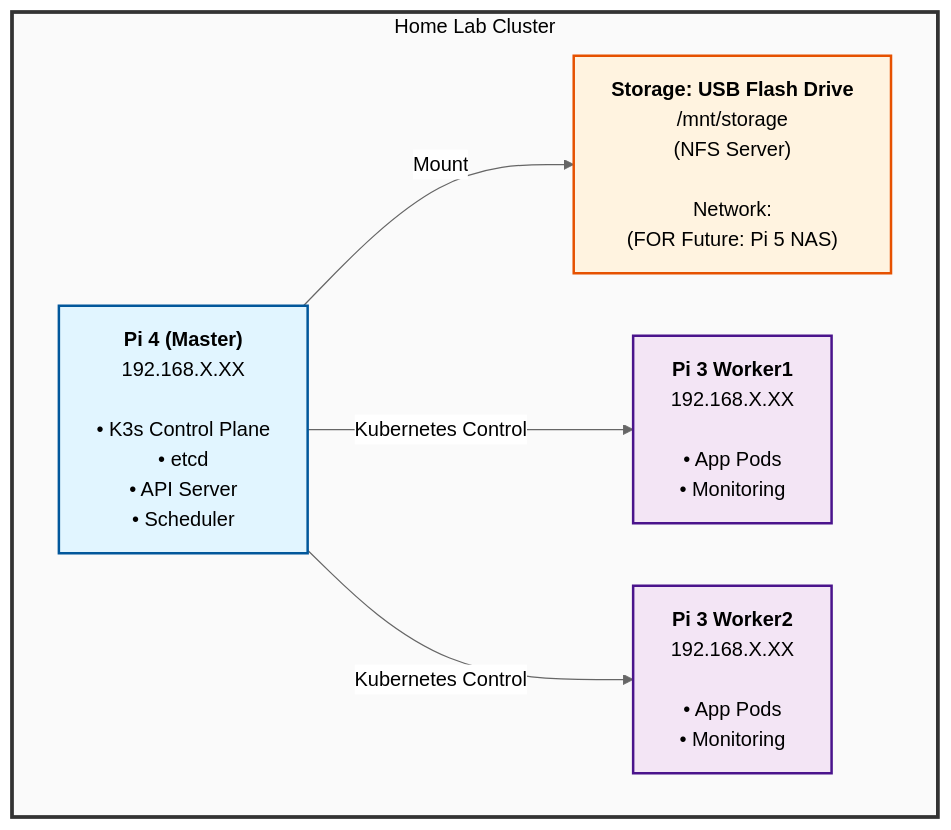
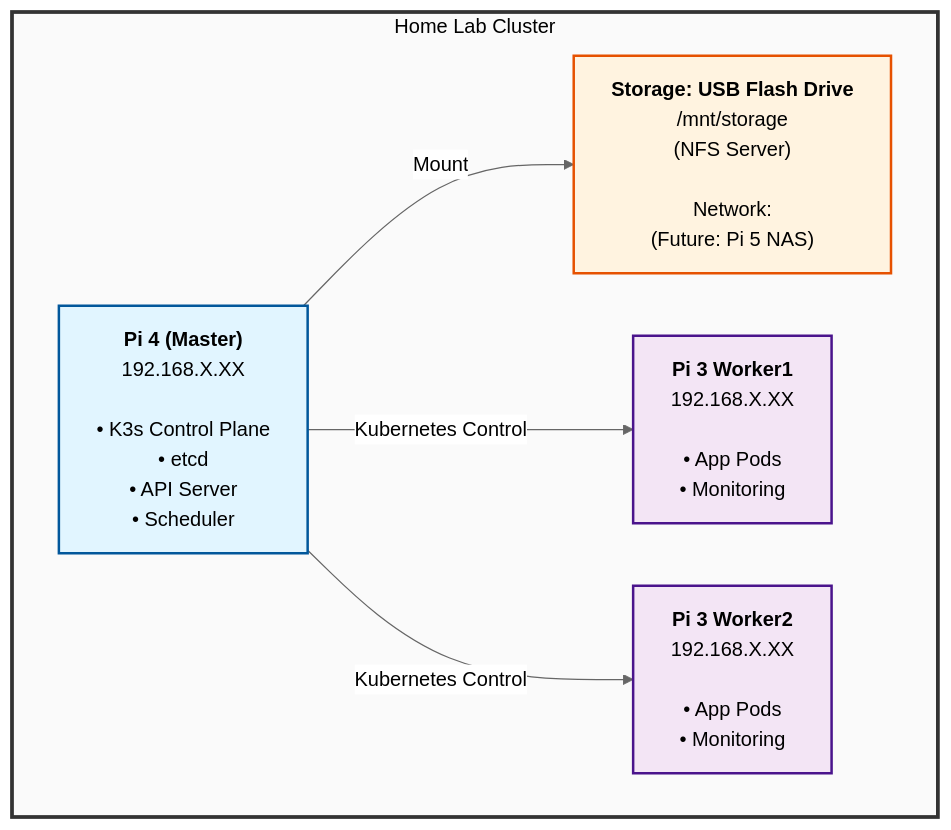
Before and after one commit to isri12/homelab-pi-cluster: the diagram in details.md, drawn with Mermaid (neutral theme). The commit also changed other lines of this file and 1 other file, not shown here.

````diff
--- a/details.md
+++ b/details.md
@@ -76,22 +67,22 @@
 ```mermaid
 graph TD
     subgraph cluster["Home Lab Cluster"]
         master["<b>Pi 4 (Master)</b><br/>192.168.X.XX<br/><br/>• K3s Control Plane<br/>• etcd<br/>• API Server<br/>• Scheduler"]
         
-        storage["<b>Storage: USB Flash Drive</b><br/>/mnt/storage<br/>(NFS Server)<br/><br/>Network:<br/>(FOR Future: Pi 5 NAS)"]
+        storage["<b>Storage: USB Flash Drive</b><br/>/mnt/storage<br/>(NFS Server)<br/><br/>Network:<br/>(Future: Pi 5 NAS)"]
         
         worker1["<b>Pi 3 Worker1</b><br/>192.168.X.XX<br/><br/>• App Pods<br/>• Monitoring"]
         
         worker2["<b>Pi 3 Worker2</b><br/>192.168.X.XX<br/><br/>• App Pods<br/>• Monitoring"]
         
         master -->|Mount| storage
         master -->|Kubernetes Control| worker1
         master -->|Kubernetes Control| worker2
     end
     
     style master fill:#e1f5ff,stroke:#01579b,stroke-width:2px,color:#000
     style storage fill:#fff3e0,stroke:#e65100,stroke-width:2px,color:#000
     style worker1 fill:#f3e5f5,stroke:#4a148c,stroke-width:2px,color:#000
     style worker2 fill:#f3e5f5,stroke:#4a148c,stroke-width:2px,color:#000
     style cluster fill:#fafafa,stroke:#333,stroke-width:3px,color:#000
 ```
````
